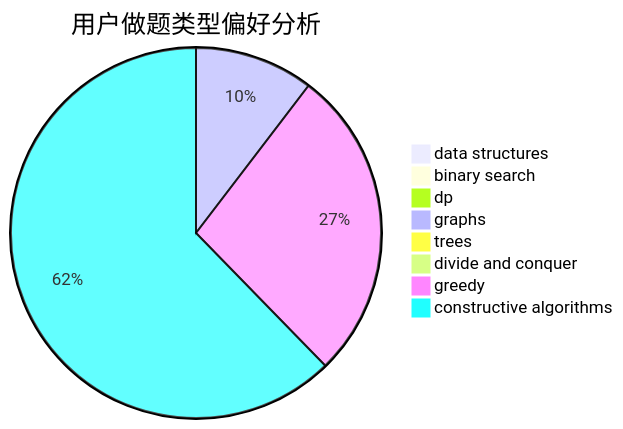
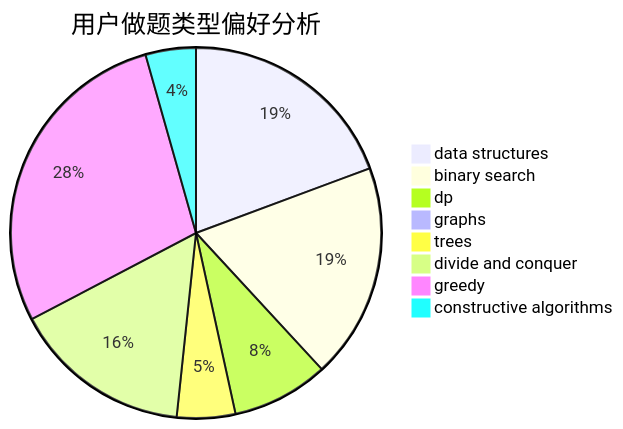
Before and after one commit to sherpahu/cfrs.github.io: the second of 3 diagrams in docs/user/u2461.md, drawn with Mermaid. The commit also changed other lines of this file and 2770 other files, not shown here.

````diff
--- a/docs/user/u2461.md
+++ b/docs/user/u2461.md
@@ -23,11 +23,11 @@
 ```mermaid
 pie title 用户做题类型偏好分析
-    "data structures" :  0
-    "binary search" :  1
-    "dp" :  0
-    "graphs" :  19
-    "trees" :  0
-    "divide and conquer" :  0
-    "greedy" :  50
-    "constructive algorithms" :  114
+    "data structures" :  110
+    "binary search" :  107
+    "dp" :  48
+    "graphs" :  0
+    "trees" :  29
+    "divide and conquer" :  89
+    "greedy" :  161
+    "constructive algorithms" :  25
 ```
````
